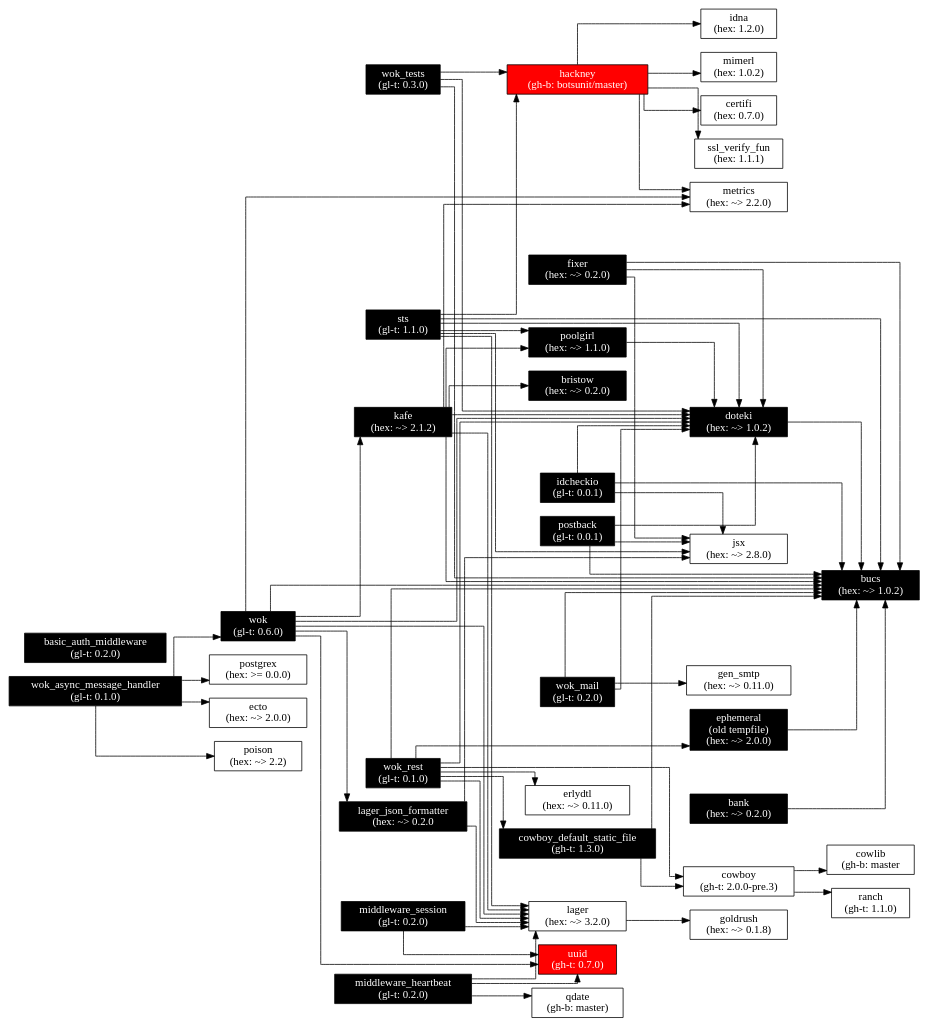
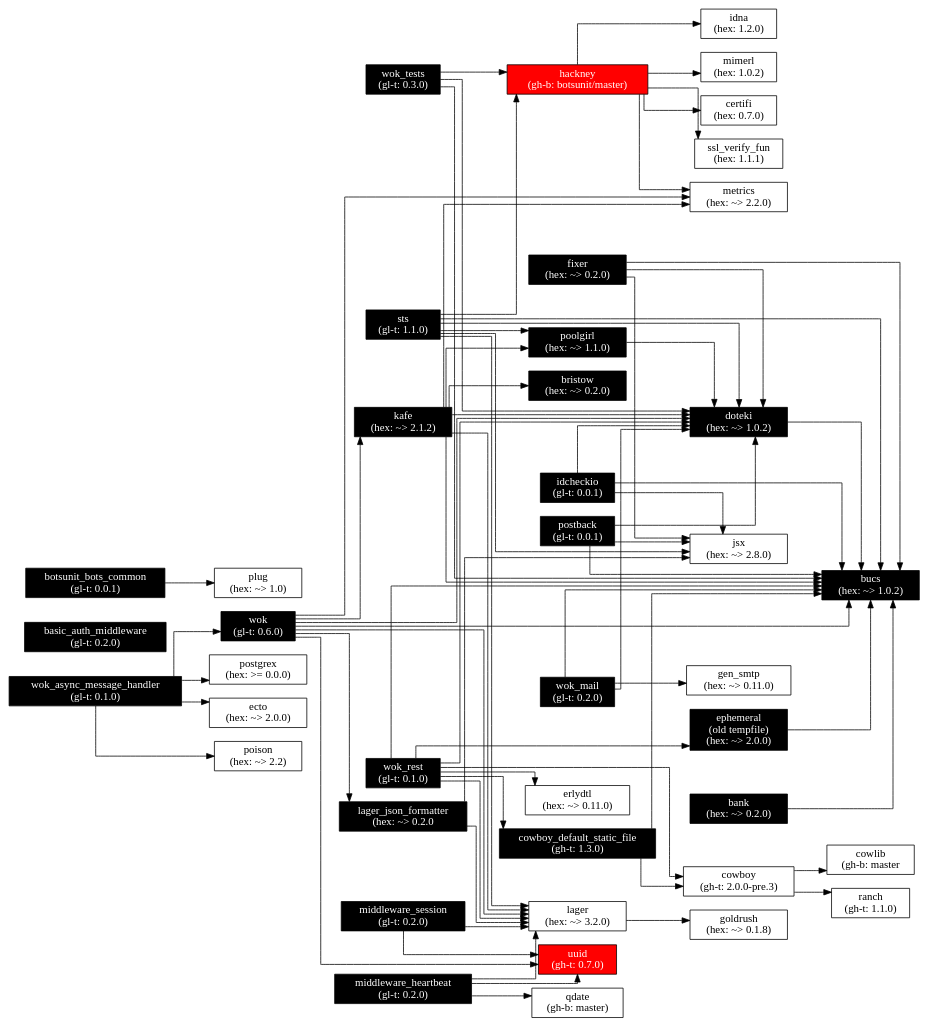
One commit to botsunit/wok changed the diagram in images/wok.deps.gv. Above: the diagram before and after it, drawn with Graphviz. The commit also changed 2 other files, not shown here.

```diff
--- a/images/wok.deps.gv
+++ b/images/wok.deps.gv
@@ -115,6 +115,11 @@
             fontcolor="white",
             style="filled",
             fillcolor="black"];
+  botsunit_bots_common[label="botsunit_bots_common\n(gl-t: 0.0.1)",
+                       fontcolor="white",
+                       style="filled",
+                       fillcolor="black"];
+  plug[label="plug\n(hex: ~> 1.0)"];
 
   wok -> lager;
   wok -> lager_json_formatter;
@@ -202,4 +207,6 @@
   postback -> bucs;
   postback -> doteki;
   postback -> jsx;
+
+  botsunit_bots_common -> plug;
 }
```
